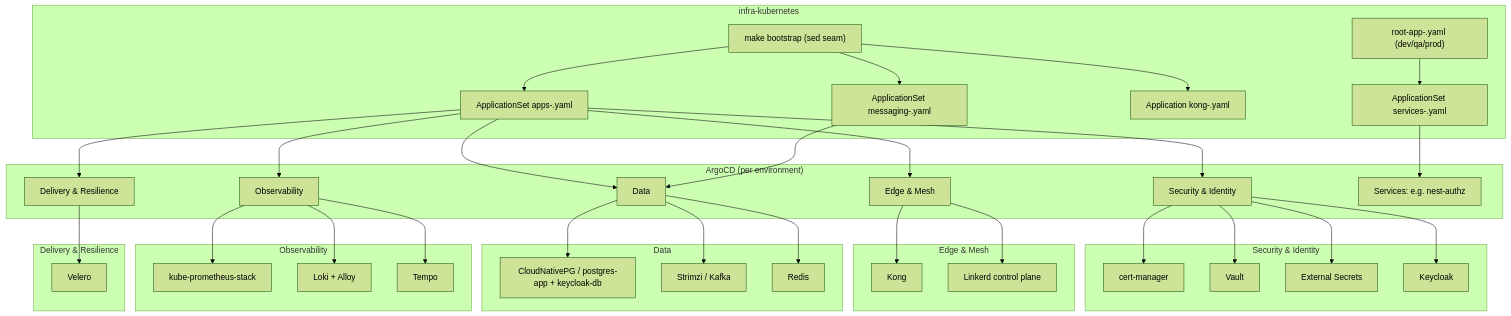
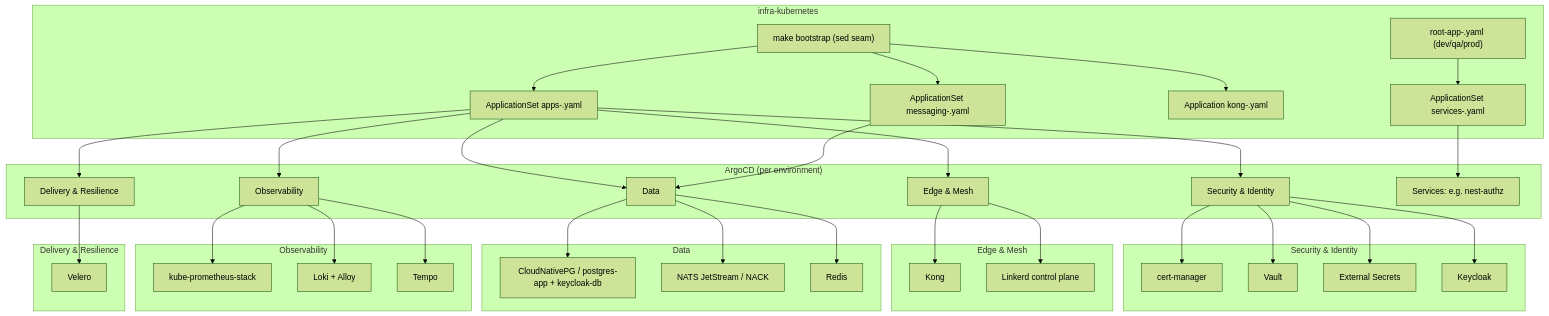
Before and after one commit to sca-templates/infra-kubernetes: the first of 3 diagrams in docs/architecture.md, drawn with Mermaid (forest theme). The commit also changed other lines of this file and 60 other files, not shown here.

First line of the commit message:
refactor: remove kafka and strimzi after nats migration

````diff
--- a/docs/architecture.md
+++ b/docs/architecture.md
@@ -46,41 +46,41 @@
 ```mermaid
 graph TD
     subgraph Git["infra-kubernetes"]
         MK["make bootstrap (sed seam)"] --> B["ApplicationSet apps-<env>.yaml"]
         MK --> M["ApplicationSet messaging-<env>.yaml"]
         MK --> K["Application kong-<env>.yaml"]
         A["root-app-<env>.yaml (dev/qa/prod)"] --> S["ApplicationSet services-<env>.yaml"]
     end
     subgraph ArgoCD["ArgoCD (per environment)"]
         B --> C[Security & Identity]
         B --> D[Edge & Mesh]
         B --> E[Data]
         M --> E
         B --> F[Observability]
         B --> G[Delivery & Resilience]
         S --> SR[Services: e.g. nest-authz]
     end
     subgraph Security["Security & Identity"]
         C --> C1[cert-manager]
         C --> C2[Vault]
         C --> C3[External Secrets]
         C --> C4[Keycloak]
     end
     subgraph Edge["Edge & Mesh"]
         D --> D1[Kong]
         D --> D2[Linkerd control plane]
     end
     subgraph Data["Data"]
         E --> E1[CloudNativePG / postgres-app + keycloak-db]
-        E --> E2[Strimzi / Kafka]
+        E --> E2[NATS JetStream / NACK]
         E --> E3[Redis]
     end
     subgraph Obs["Observability"]
         F --> F1[kube-prometheus-stack]
         F --> F2[Loki + Alloy]
         F --> F3[Tempo]
     end
     subgraph Delivery["Delivery & Resilience"]
         G --> G2[Velero]
     end
 ```
````
